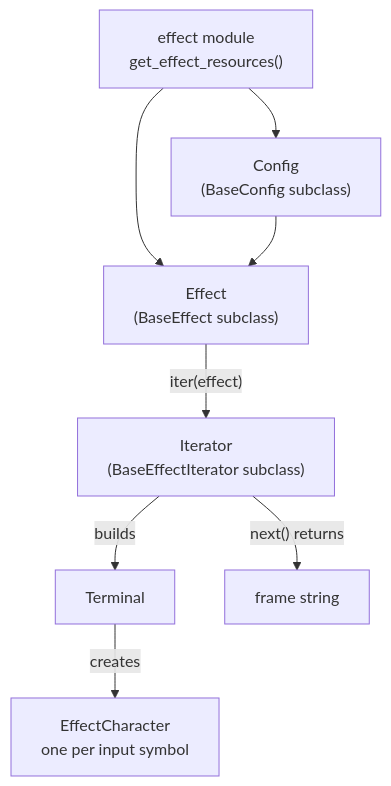
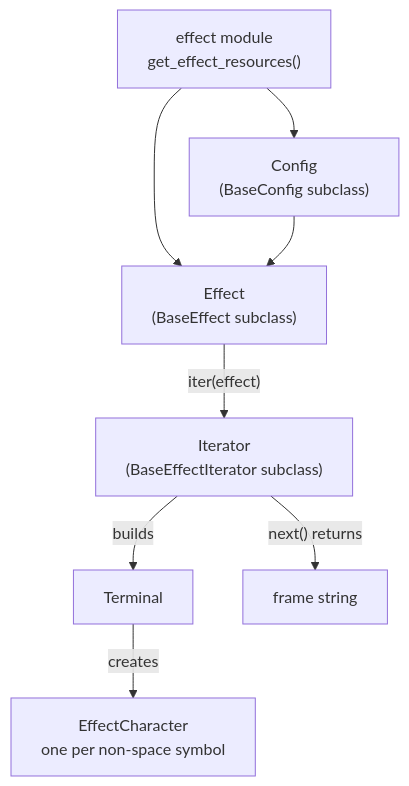
One commit to ChrisBuilds/terminaltexteffects changed the diagram in docs/effectguide/engine/architecture.md. Above: the diagram before and after it, drawn with Mermaid. The commit also changed other lines of this file and 14 other files, not shown here.

````diff
--- a/docs/effectguide/engine/architecture.md
+++ b/docs/effectguide/engine/architecture.md
@@ -9,10 +9,10 @@
 ``` mermaid
 flowchart TB
     module["effect module<br/>get_effect_resources()"] --> effect
     module --> config
     config["Config<br/>(BaseConfig subclass)"] --> effect["Effect<br/>(BaseEffect subclass)"]
     effect -- "iter(effect)" --> iterator["Iterator<br/>(BaseEffectIterator subclass)"]
     iterator -- builds --> terminal[Terminal]
-    terminal -- creates --> characters["EffectCharacter<br/>one per input symbol"]
+    terminal -- creates --> characters["EffectCharacter<br/>one per non-space symbol"]
     iterator -- "next() returns" --> frame["frame string"]
 ```
````
